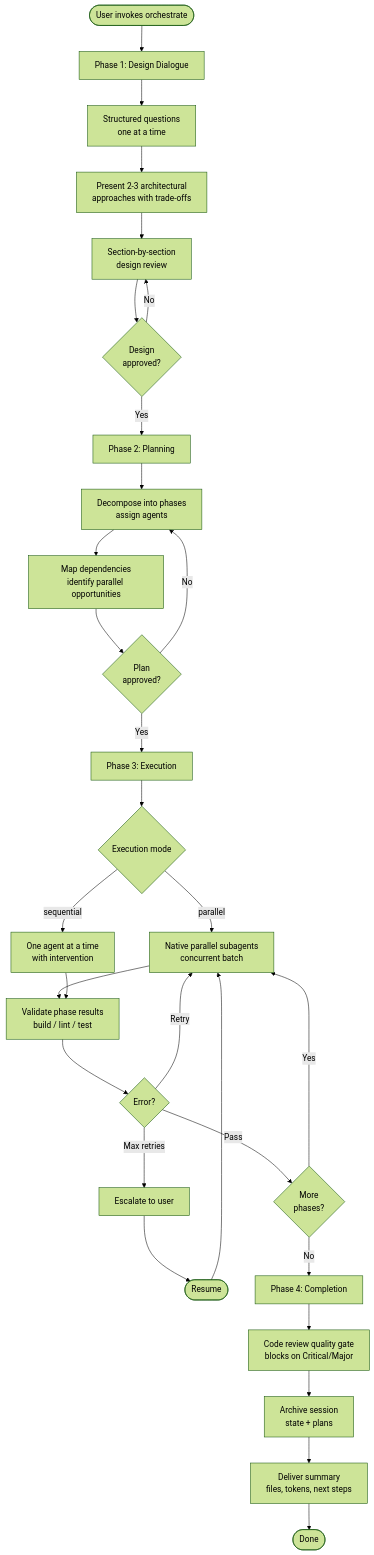
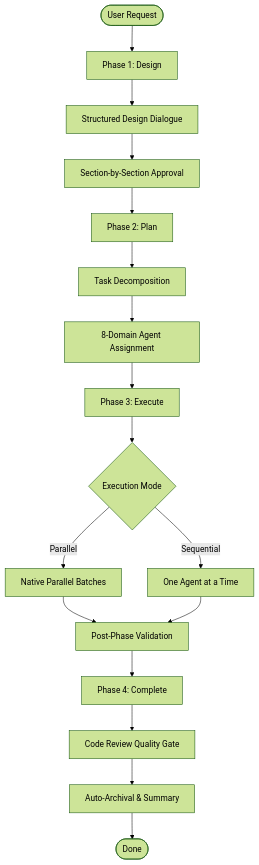
The diagram in README.md (Nickalus12/Loom), drawn with Mermaid (forest theme) before and after one commit. The commit also changed other lines of this file, not shown here.

````diff
--- a/README.md
+++ b/README.md
@@ -423,36 +42,19 @@
 ```mermaid
 flowchart TD
-    Start([User invokes orchestrate]) --> P1[Phase 1: Design Dialogue]
-
-    P1 --> Questions[Structured questions\none at a time]
-    Questions --> Approaches[Present 2-3 architectural\napproaches with trade-offs]
-    Approaches --> SectionReview[Section-by-section\ndesign review]
-    SectionReview --> DesignApproved{Design\napproved?}
-    DesignApproved -->|No| SectionReview
-    DesignApproved -->|Yes| P2[Phase 2: Planning]
-
-    P2 --> Decompose[Decompose into phases\nassign agents]
-    Decompose --> Dependencies[Map dependencies\nidentify parallel opportunities]
-    Dependencies --> PlanApproved{Plan\napproved?}
-    PlanApproved -->|No| Decompose
-    PlanApproved -->|Yes| P3[Phase 3: Execution]
-
-    P3 --> ModeSelect{Execution mode}
-    ModeSelect -->|parallel| Parallel[Native parallel subagents\nconcurrent batch]
-    ModeSelect -->|sequential| Sequential[One agent at a time\nwith intervention]
-    Parallel --> Validate[Validate phase results\nbuild / lint / test]
-    Sequential --> Validate
-    Validate --> PhaseError{Error?}
-    PhaseError -->|Retry| Parallel
-    PhaseError -->|Max retries| Escalate[Escalate to user]
-    Escalate --> Resume([Resume])
-    Resume --> Parallel
-    PhaseError -->|Pass| MorePhases{More\nphases?}
-    MorePhases -->|Yes| Parallel
-    MorePhases -->|No| P4[Phase 4: Completion]
-
-    P4 --> QualityGate[Code review quality gate\nblocks on Critical/Major]
-    QualityGate --> Archive[Archive session\nstate + plans]
-    Archive --> Summary[Deliver summary\nfiles, tokens, next steps]
-    Summary --> Done([Done])
+    Start([User Request]) --> P1[Phase 1: Design]
+    P1 --> P1_Dialogue[Structured Design Dialogue]
+    P1_Dialogue --> P1_Review[Section-by-Section Approval]
+    P1_Review --> P2[Phase 2: Plan]
+    P2 --> P2_Decompose[Task Decomposition]
+    P2_Decompose --> P2_Assign[8-Domain Agent Assignment]
+    P2_Assign --> P3[Phase 3: Execute]
+    P3 --> P3_Mode{Execution Mode}
+    P3_Mode -->|Parallel| P3_Batch[Native Parallel Batches]
+    P3_Mode -->|Sequential| P3_Seq[One Agent at a Time]
+    P3_Batch --> P3_Validate[Post-Phase Validation]
+    P3_Seq --> P3_Validate
+    P3_Validate --> P4[Phase 4: Complete]
+    P4 --> P4_Gate[Code Review Quality Gate]
+    P4_Gate --> P4_Archive[Auto-Archival & Summary]
+    P4_Archive --> End([Done])
 ```
````
